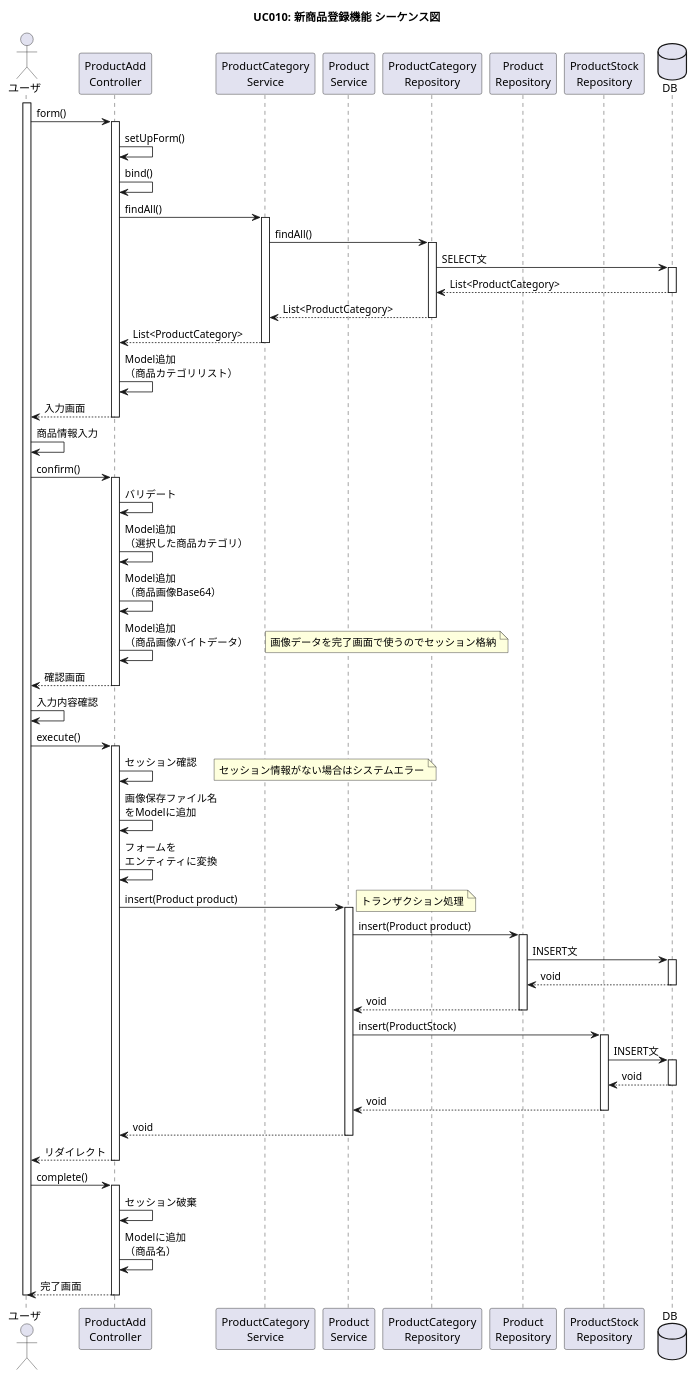
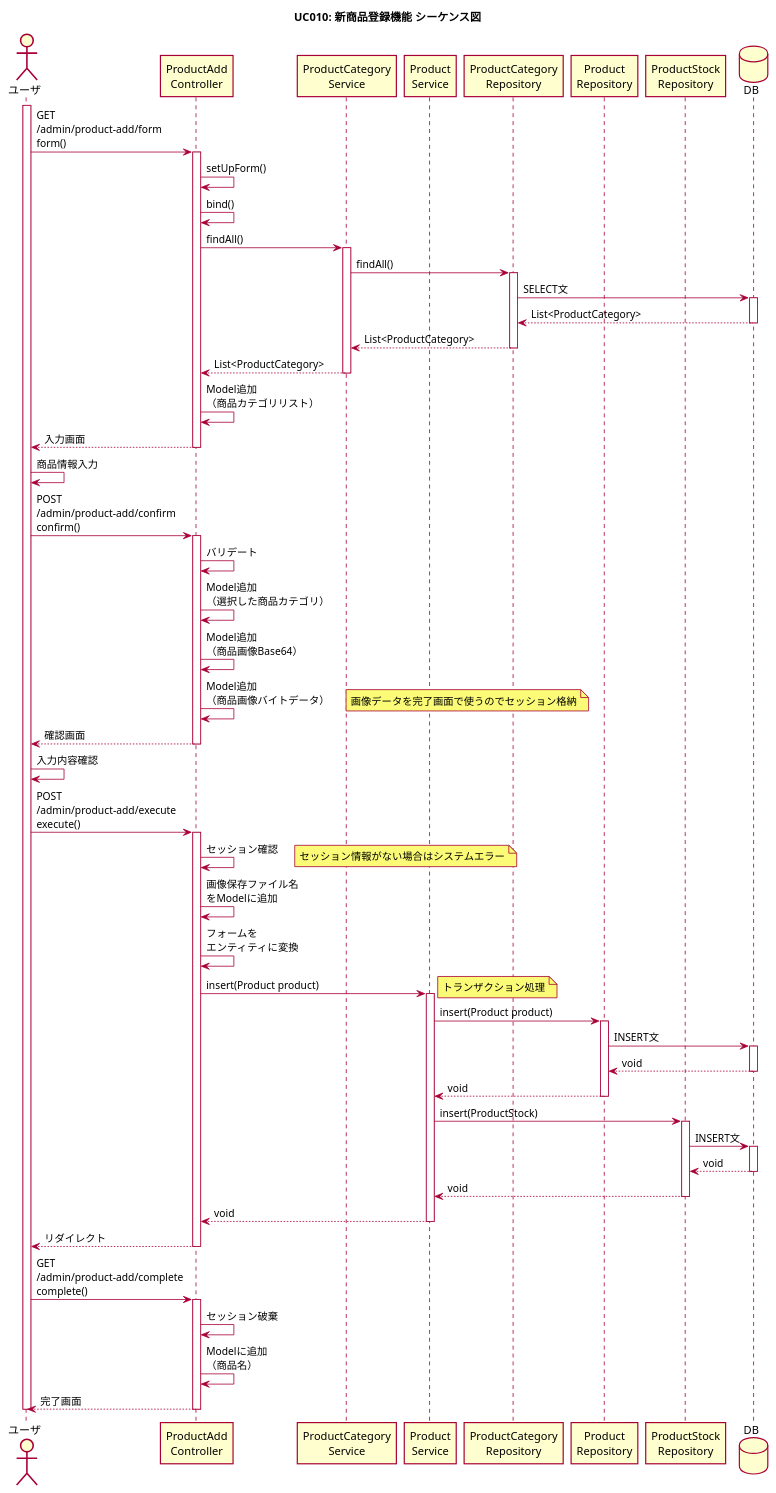
One commit to imagepit/fullness-ec changed the diagram in plan/diagram/sequence/uc010_product_add.puml. Above: the diagram before and after it, drawn with PlantUML. The commit also changed 30 other files, not shown here.

```diff
--- a/plan/diagram/sequence/uc010_product_add.puml
+++ b/plan/diagram/sequence/uc010_product_add.puml
@@ -1,65 +1,65 @@
 @startuml
 
+skin rose
 title UC010: 新商品登録機能 シーケンス図
-
 skinparam shadowing false
 actor ユーザ as user
 activate user
 participant "ProductAdd\nController" as controller
 participant "ProductCategory\nService" as svc1
 participant "Product\nService" as svc2
 participant "ProductCategory\nRepository" as repo3
 participant "Product\nRepository" as repo1
 participant "ProductStock\nRepository" as repo2
 database DB
 
 ' 入力画面
-user -> controller ++ : form()
+user -> controller ++ : GET\n/admin/product-add/form\nform()
 controller -> controller : setUpForm()
 controller -> controller : bind()
 controller -> svc1 ++ : findAll()
 svc1 -> repo3 ++ : findAll()
 repo3 -> DB ++ : SELECT文
 DB --> repo3 -- : List<ProductCategory>
 repo3 --> svc1 -- : List<ProductCategory>
 svc1 --> controller -- : List<ProductCategory>
 controller -> controller : Model追加\n（商品カテゴリリスト）
 controller --> user -- : 入力画面
 
 ' 確認画面
 user -> user : 商品情報入力
-user -> controller ++ : confirm()
+user -> controller ++ : POST\n/admin/product-add/confirm\nconfirm()
 controller -> controller : バリデート
 controller -> controller : Model追加\n（選択した商品カテゴリ）
 controller -> controller : Model追加\n（商品画像Base64）
 controller -> controller : Model追加\n（商品画像バイトデータ）
 note right: 画像データを完了画面で使うのでセッション格納
 controller --> user -- : 確認画面
 
 ' 完了画面
 user -> user : 入力内容確認
-user -> controller ++ : execute()
+user -> controller ++ : POST\n/admin/product-add/execute\nexecute()
 controller -> controller : セッション確認
 note right: セッション情報がない場合はシステムエラー
 controller -> controller : 画像保存ファイル名\nをModelに追加
 controller -> controller : フォームを\nエンティティに変換
 controller -> svc2 ++ : insert(Product product)
 note right: トランザクション処理
 svc2 -> repo1 ++ : insert(Product product)
 repo1 -> DB ++ : INSERT文
 DB --> repo1 -- : void
 repo1 --> svc2 -- : void
 svc2 -> repo2 ++ : insert(ProductStock)
 repo2 -> DB ++ : INSERT文
 DB --> repo2 -- : void
 repo2 --> svc2 -- : void
 svc2 --> controller -- : void
 user <-- controller -- : リダイレクト
-user -> controller ++ : complete()
+user -> controller ++ : GET\n/admin/product-add/complete\ncomplete()
 controller -> controller : セッション破棄
 controller -> controller : Modelに追加\n（商品名）
 controller --> user -- : 完了画面
 
 deactivate user
 
 @enduml
```
